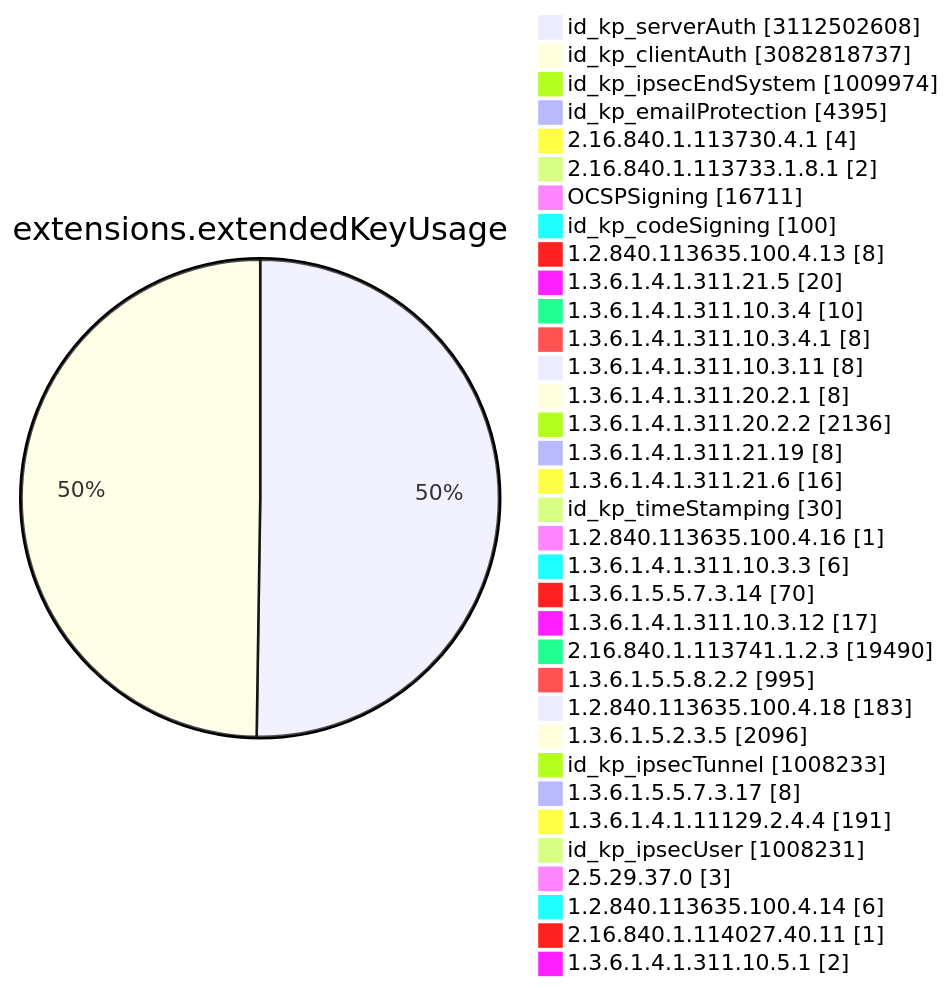
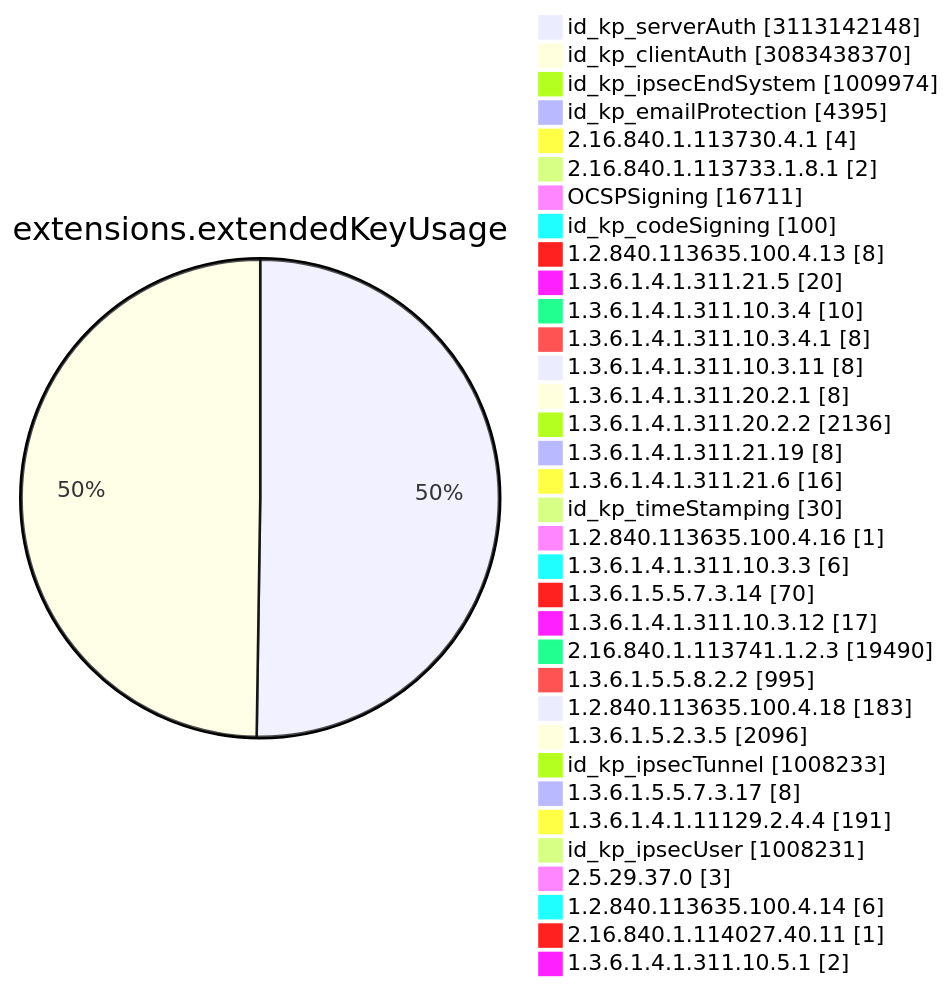
Before and after one commit to christiankrug/ctmonitor_visualization: diagram 11 of 15 in TOTAL/README.md, drawn with Mermaid. The commit also changed other lines of this file, not shown here.

````diff
--- a/TOTAL/README.md
+++ b/TOTAL/README.md
@@ -4119,38 +4119,38 @@
 ```mermaid
 pie showData
 title extensions.extendedKeyUsage
-"id_kp_serverAuth" :3112502608
-"id_kp_clientAuth" :3082818737
+"id_kp_serverAuth" :3113142148
+"id_kp_clientAuth" :3083438370
 "id_kp_ipsecEndSystem" :1009974
 "id_kp_emailProtection" :4395
 "2.16.840.1.113730.4.1" :4
 "2.16.840.1.113733.1.8.1" :2
 "OCSPSigning" :16711
 "id_kp_codeSigning" :100
 "1.2.840.113635.100.4.13" :8
 "1.3.6.1.4.1.311.21.5" :20
 "1.3.6.1.4.1.311.10.3.4" :10
 "1.3.6.1.4.1.311.10.3.4.1" :8
 "1.3.6.1.4.1.311.10.3.11" :8
 "1.3.6.1.4.1.311.20.2.1" :8
 "1.3.6.1.4.1.311.20.2.2" :2136
 "1.3.6.1.4.1.311.21.19" :8
 "1.3.6.1.4.1.311.21.6" :16
 "id_kp_timeStamping" :30
 "1.2.840.113635.100.4.16" :1
 "1.3.6.1.4.1.311.10.3.3" :6
 "1.3.6.1.5.5.7.3.14" :70
 "1.3.6.1.4.1.311.10.3.12" :17
 "2.16.840.1.113741.1.2.3" :19490
 "1.3.6.1.5.5.8.2.2" :995
 "1.2.840.113635.100.4.18" :183
 "1.3.6.1.5.2.3.5" :2096
 "id_kp_ipsecTunnel" :1008233
 "1.3.6.1.5.5.7.3.17" :8
 "1.3.6.1.4.1.11129.2.4.4" :191
 "id_kp_ipsecUser" :1008231
 "2.5.29.37.0" :3
 "1.2.840.113635.100.4.14" :6
 "2.16.840.1.114027.40.11" :1
 "1.3.6.1.4.1.311.10.5.1" :2
 ```
````
